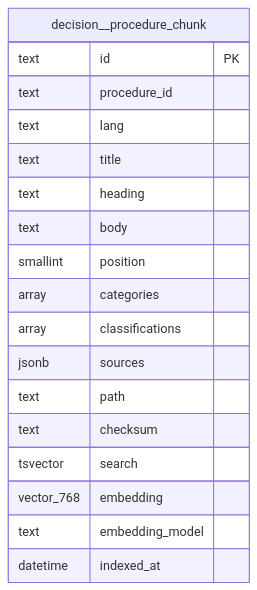
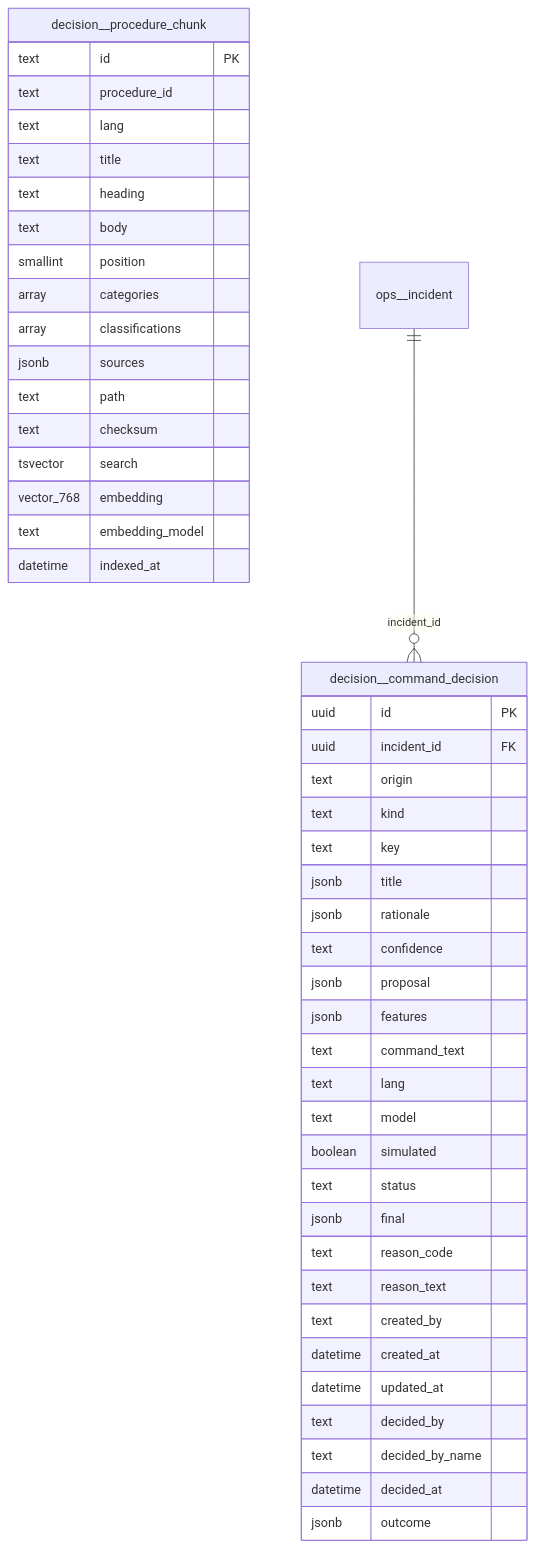
One commit to mouhabouk/E-HIMAYA changed the ninth of 31 diagrams in docs/erd.md. Above: the diagram before and after it, drawn with Mermaid. The commit also changed 38 other files, not shown here.

````diff
--- a/docs/erd.md
+++ b/docs/erd.md
@@ -598,21 +598,49 @@
 ```mermaid
 erDiagram
+    decision__command_decision {
+        uuid id PK
+        uuid incident_id FK
+        text origin
+        text kind
+        text key
+        jsonb title
+        jsonb rationale
+        text confidence
+        jsonb proposal
+        jsonb features
+        text command_text
+        text lang
+        text model
+        boolean simulated
+        text status
+        jsonb final
+        text reason_code
+        text reason_text
+        text created_by
+        datetime created_at
+        datetime updated_at
+        text decided_by
+        text decided_by_name
+        datetime decided_at
+        jsonb outcome
+    }
     decision__procedure_chunk {
         text id PK
         text procedure_id
         text lang
         text title
         text heading
         text body
         smallint position
         array categories
         array classifications
         jsonb sources
         text path
         text checksum
         tsvector search
         vector_768 embedding
         text embedding_model
         datetime indexed_at
     }
+    ops__incident ||--o{ decision__command_decision : "incident_id"
 ```
````
